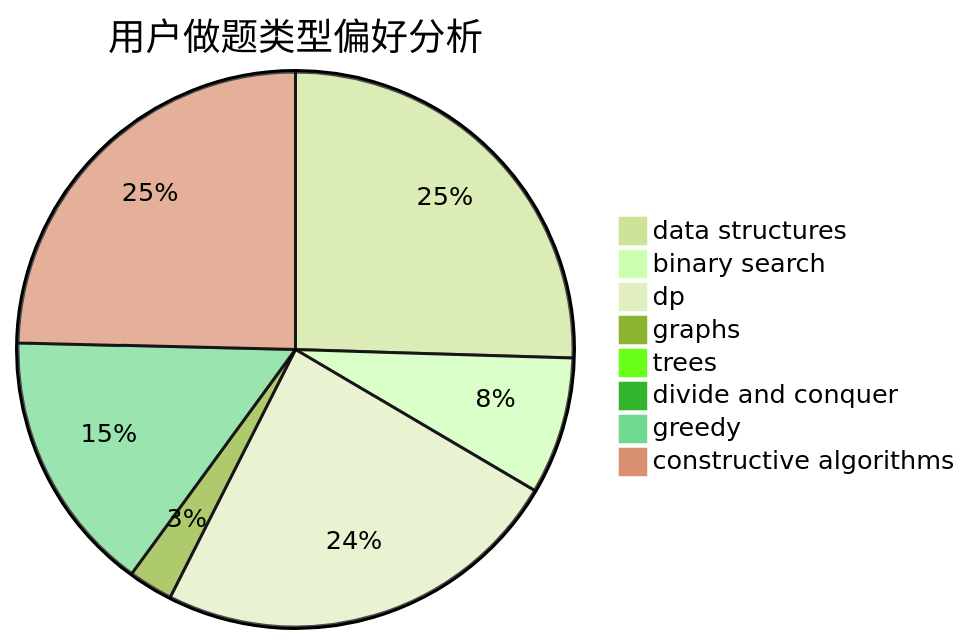
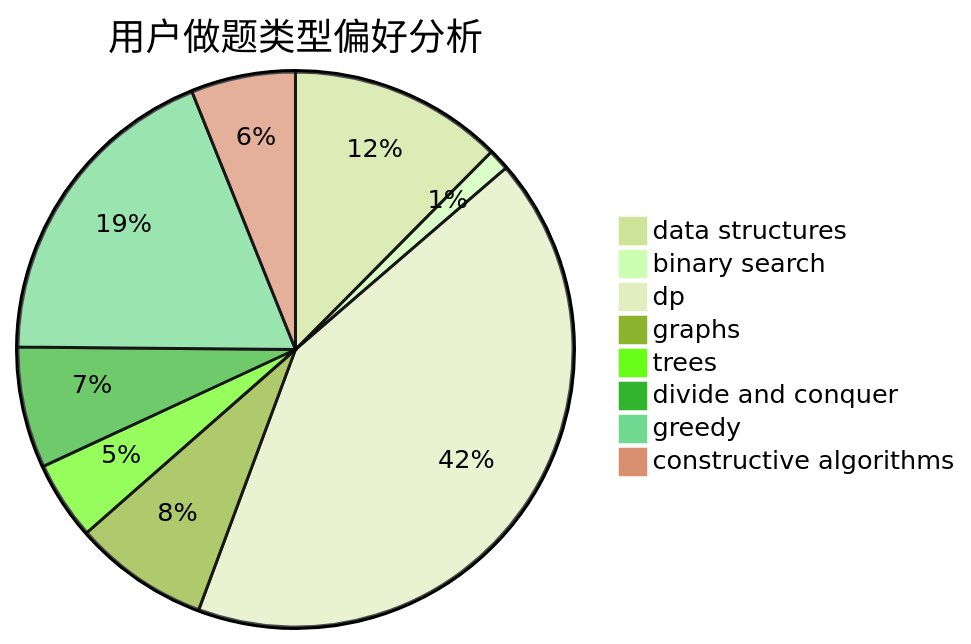
One commit to sherpahu/cfrs.github.io changed the second of 3 diagrams in docs/user/u1492.md. Above: the diagram before and after it, drawn with Mermaid (forest theme). The commit also changed other lines of this file and 2770 other files, not shown here.

````diff
--- a/docs/user/u1492.md
+++ b/docs/user/u1492.md
@@ -23,11 +23,11 @@
 ```mermaid
 pie title 用户做题类型偏好分析
-    "data structures" :  118
-    "binary search" :  37
-    "dp" :  111
-    "graphs" :  12
-    "trees" :  0
-    "divide and conquer" :  0
-    "greedy" :  71
-    "constructive algorithms" :  114
+    "data structures" :  90
+    "binary search" :  9
+    "dp" :  304
+    "graphs" :  57
+    "trees" :  33
+    "divide and conquer" :  51
+    "greedy" :  136
+    "constructive algorithms" :  44
 ```
````
